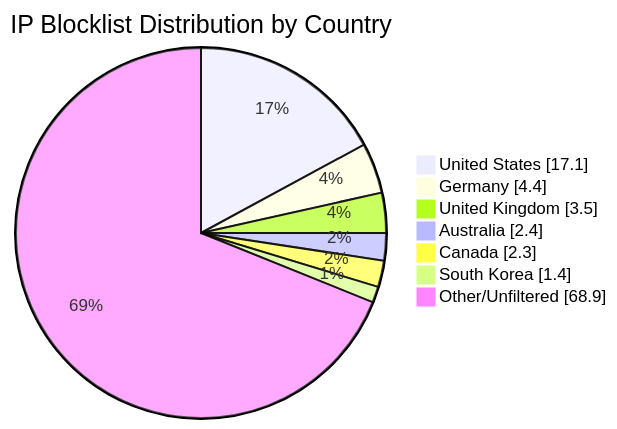
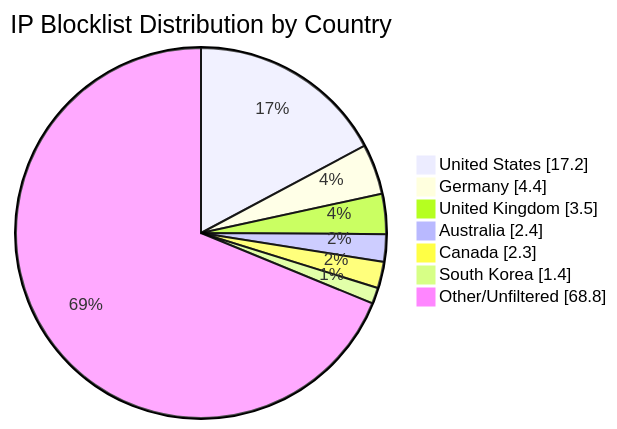
One commit to MarcusHoltz/ipblocklist-geofiltered-aggregator changed the diagram in README.md. Above: the diagram before and after it, drawn with Mermaid. The commit also changed other lines of this file and 9 other files, not shown here.

````diff
--- a/README.md
+++ b/README.md
@@ -34,10 +34,10 @@
 ```mermaid
 pie showData title IP Blocklist Distribution by Country
-"United States" : 17.1
+"United States" : 17.2
 "Germany" : 4.4
 "United Kingdom" : 3.5
 "Australia" : 2.4
 "Canada" : 2.3
 "South Korea" : 1.4
-"Other/Unfiltered" : 68.9
+"Other/Unfiltered" : 68.8
 ```
````
